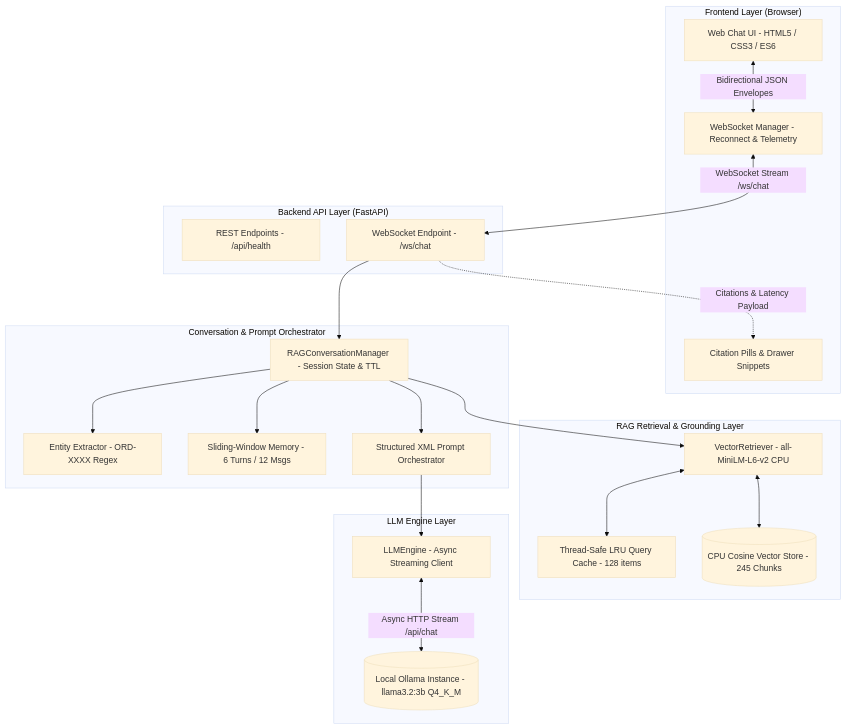
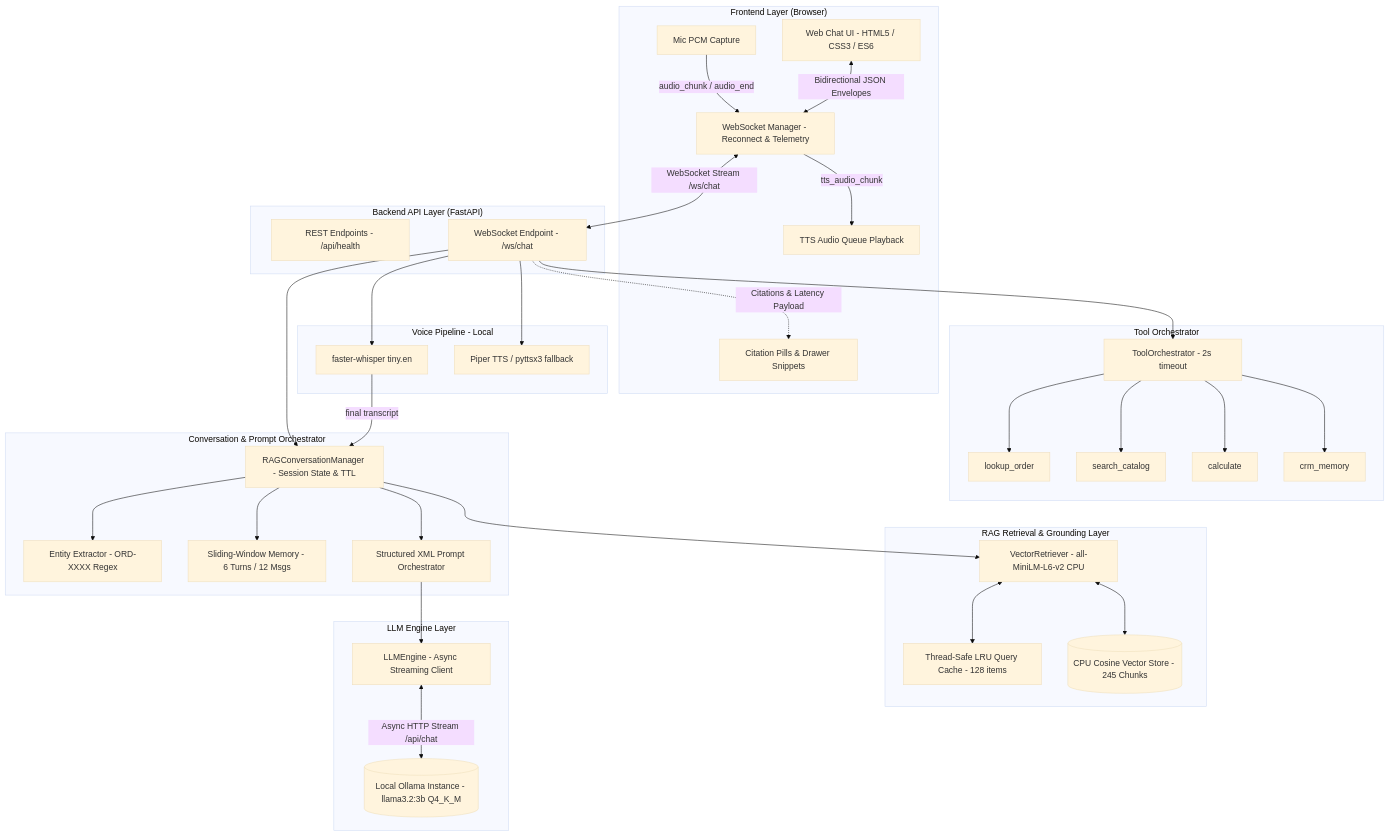
Before and after one commit to zain003/ShopAssistAI---An-intelligent-Assistant: the diagram in README.md, drawn with Mermaid (base theme). The commit also changed other lines of this file and 38 other files, not shown here.

First line of the commit message:
Add Assignment 3 local voice pipeline, tools, and CRM memory.

````diff
--- a/README.md
+++ b/README.md
@@ -52,44 +55,69 @@
 ```mermaid
 graph TD
     subgraph Frontend ["Frontend Layer (Browser)"]
         UI[Web Chat UI - HTML5 / CSS3 / ES6]
+        Mic[Mic PCM Capture]
+        Speakers[TTS Audio Queue Playback]
         CitationsUI[Citation Pills & Drawer Snippets]
         WSClient[WebSocket Manager - Reconnect & Telemetry]
     end
 
     subgraph API ["Backend API Layer (FastAPI)"]
         Router[REST Endpoints - /api/health]
         WSEndpoint[WebSocket Endpoint - /ws/chat]
+    end
+
+    subgraph Voice ["Voice Pipeline - Local"]
+        ASR[faster-whisper tiny.en]
+        TTS[Piper TTS / pyttsx3 fallback]
+    end
+
+    subgraph Tools ["Tool Orchestrator"]
+        TO[ToolOrchestrator - 2s timeout]
+        T1[lookup_order]
+        T2[search_catalog]
+        T3[calculate]
+        T4[crm_memory]
     end
 
     subgraph RAG ["RAG Retrieval & Grounding Layer"]
         Cache[Thread-Safe LRU Query Cache - 128 items]
         Retriever[VectorRetriever - all-MiniLM-L6-v2 CPU]
         VStore[(CPU Cosine Vector Store - 245 Chunks)]
     end
 
     subgraph ConversationManager ["Conversation & Prompt Orchestrator"]
         CM[RAGConversationManager - Session State & TTL]
         Extractor[Entity Extractor - ORD-XXXX Regex]
         Memory[Sliding-Window Memory - 6 Turns / 12 Msgs]
         Orchestrator[Structured XML Prompt Orchestrator]
     end
 
     subgraph LLMEngine ["LLM Engine Layer"]
         Engine[LLMEngine - Async Streaming Client]
         Ollama[(Local Ollama Instance - llama3.2:3b Q4_K_M)]
     end
 
     UI <-->|Bidirectional JSON Envelopes| WSClient
+    Mic -->|audio_chunk / audio_end| WSClient
+    WSClient -->|tts_audio_chunk| Speakers
     WSClient <-->|WebSocket Stream /ws/chat| WSEndpoint
+    WSEndpoint --> ASR
+    ASR -->|final transcript| CM
+    WSEndpoint --> TO
+    TO --> T1
+    TO --> T2
+    TO --> T3
+    TO --> T4
     WSEndpoint --> CM
     CM --> Extractor
     CM --> Retriever
     Retriever <--> Cache
     Retriever <--> VStore
     CM --> Memory
     CM --> Orchestrator
     Orchestrator --> Engine
     Engine <-->|Async HTTP Stream /api/chat| Ollama
+    WSEndpoint --> TTS
     WSEndpoint -.->|Citations & Latency Payload| CitationsUI
 ```
````
